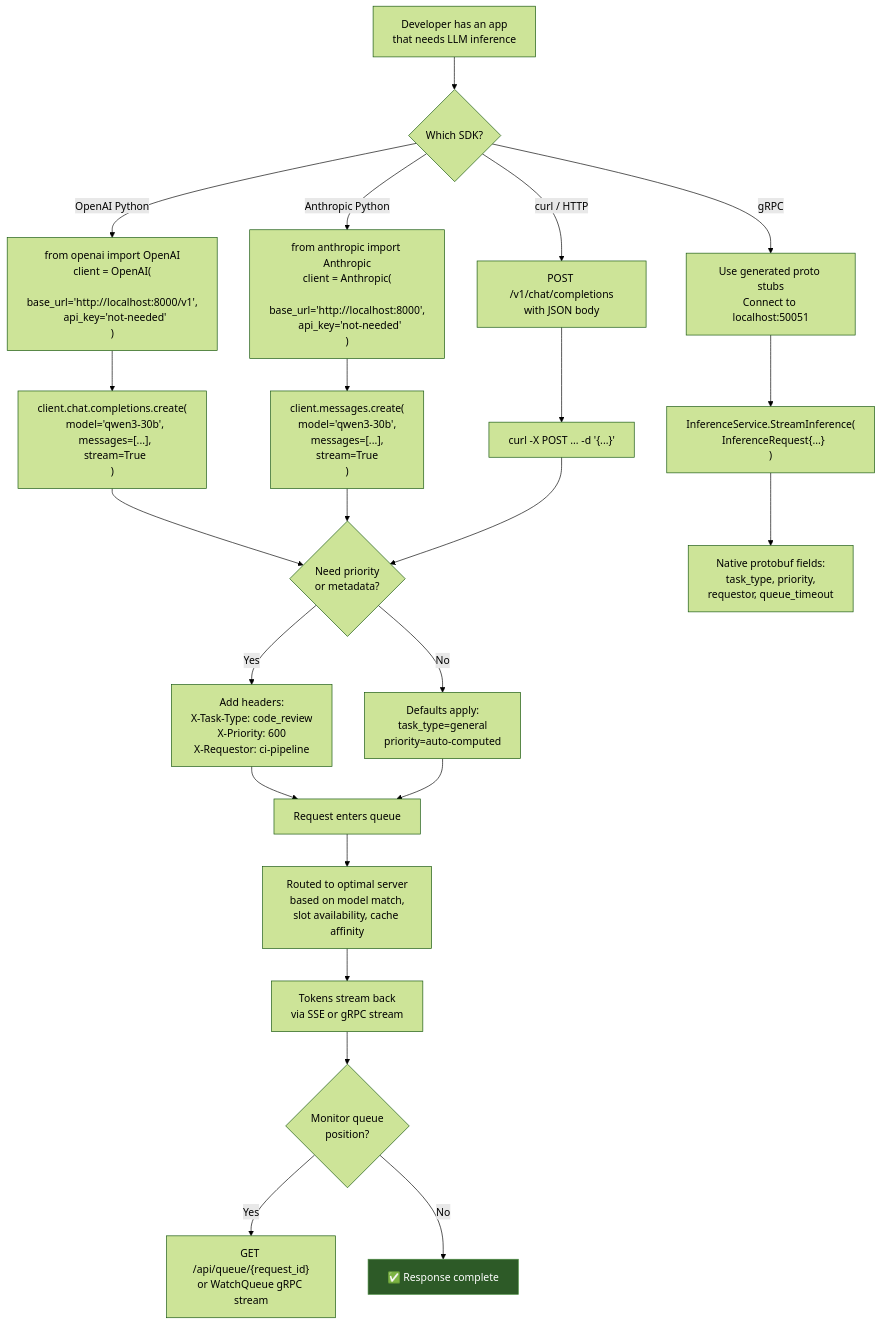
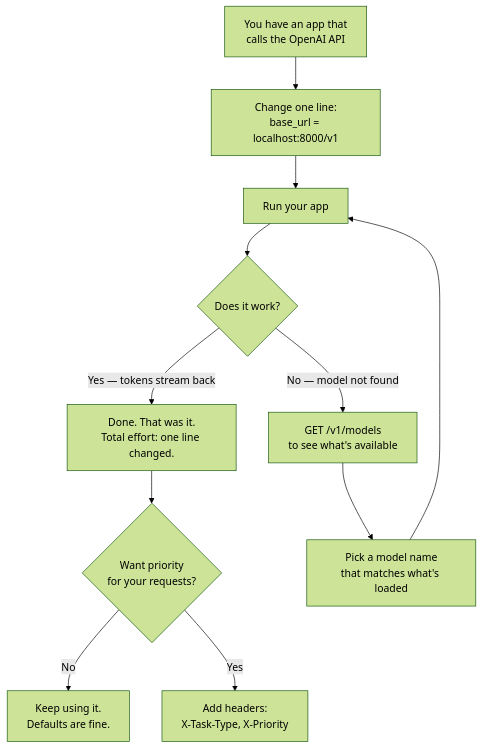
One commit to Doom325/llama-forge changed the sixth of 16 diagrams in docs/USER_JOURNEYS.md. Above: the diagram before and after it, drawn with Mermaid (forest theme). The commit also changed other lines of this file, not shown here.

````diff
--- a/docs/USER_JOURNEYS.md
+++ b/docs/USER_JOURNEYS.md
@@ -446,35 +416,17 @@
 ```mermaid
 flowchart TD
-    A["Developer has an app<br/>that needs LLM inference"] --> B{"Which SDK?"}
+    A["You have an app that<br/>calls the OpenAI API"] --> B["Change one line:<br/>base_url = localhost:8000/v1"]
 
-    B -->|"OpenAI Python"| C["from openai import OpenAI<br/>client = OpenAI(<br/>  base_url='http://localhost:8000/v1',<br/>  api_key='not-needed'<br/>)"]
-    B -->|"Anthropic Python"| D["from anthropic import Anthropic<br/>client = Anthropic(<br/>  base_url='http://localhost:8000',<br/>  api_key='not-needed'<br/>)"]
-    B -->|"gRPC"| E["Use generated proto stubs<br/>Connect to localhost:50051"]
-    B -->|"curl / HTTP"| F["POST /v1/chat/completions<br/>with JSON body"]
+    B --> C["Run your app"]
+    C --> D{"Does it work?"}
 
-    C --> G["client.chat.completions.create(<br/>  model='qwen3-30b',<br/>  messages=[...],<br/>  stream=True<br/>)"]
-    D --> G2["client.messages.create(<br/>  model='qwen3-30b',<br/>  messages=[...],<br/>  stream=True<br/>)"]
-    E --> G3["InferenceService.StreamInference(<br/>  InferenceRequest{...}<br/>)"]
-    F --> G4["curl -X POST ... -d '{...}'"]
+    D -->|"Yes — tokens stream back"| E["Done. That was it.<br/>Total effort: one line changed."]
+    D -->|"No — model not found"| F["GET /v1/models<br/>to see what's available"]
 
-    G --> H{"Need priority<br/>or metadata?"}
-    G2 --> H
-    G3 --> H2["Native protobuf fields:<br/>task_type, priority,<br/>requestor, queue_timeout"]
-    G4 --> H
+    F --> G["Pick a model name<br/>that matches what's loaded"]
+    G --> C
 
-    H -->|"Yes"| I["Add headers:<br/>X-Task-Type: code_review<br/>X-Priority: 600<br/>X-Requestor: ci-pipeline"]
-    H -->|"No"| J["Defaults apply:<br/>task_type=general<br/>priority=auto-computed"]
-
-    I --> K["Request enters queue"]
-    J --> K
-
-    K --> L["Routed to optimal server<br/>based on model match,<br/>slot availability, cache affinity"]
-
-    L --> M["Tokens stream back<br/>via SSE or gRPC stream"]
-
-    M --> N{"Monitor queue<br/>position?"}
-    N -->|"Yes"| O["GET /api/queue/{request_id}<br/>or WatchQueue gRPC stream"]
-    N -->|"No"| P["✅ Response complete"]
-
-    style P fill:#2d5a27,stroke:#4a8c3f,color:#fff
+    E --> H{"Want priority<br/>for your requests?"}
+    H -->|"No"| I["Keep using it.<br/>Defaults are fine."]
+    H -->|"Yes"| J["Add headers:<br/>X-Task-Type, X-Priority"]
 ```
````
